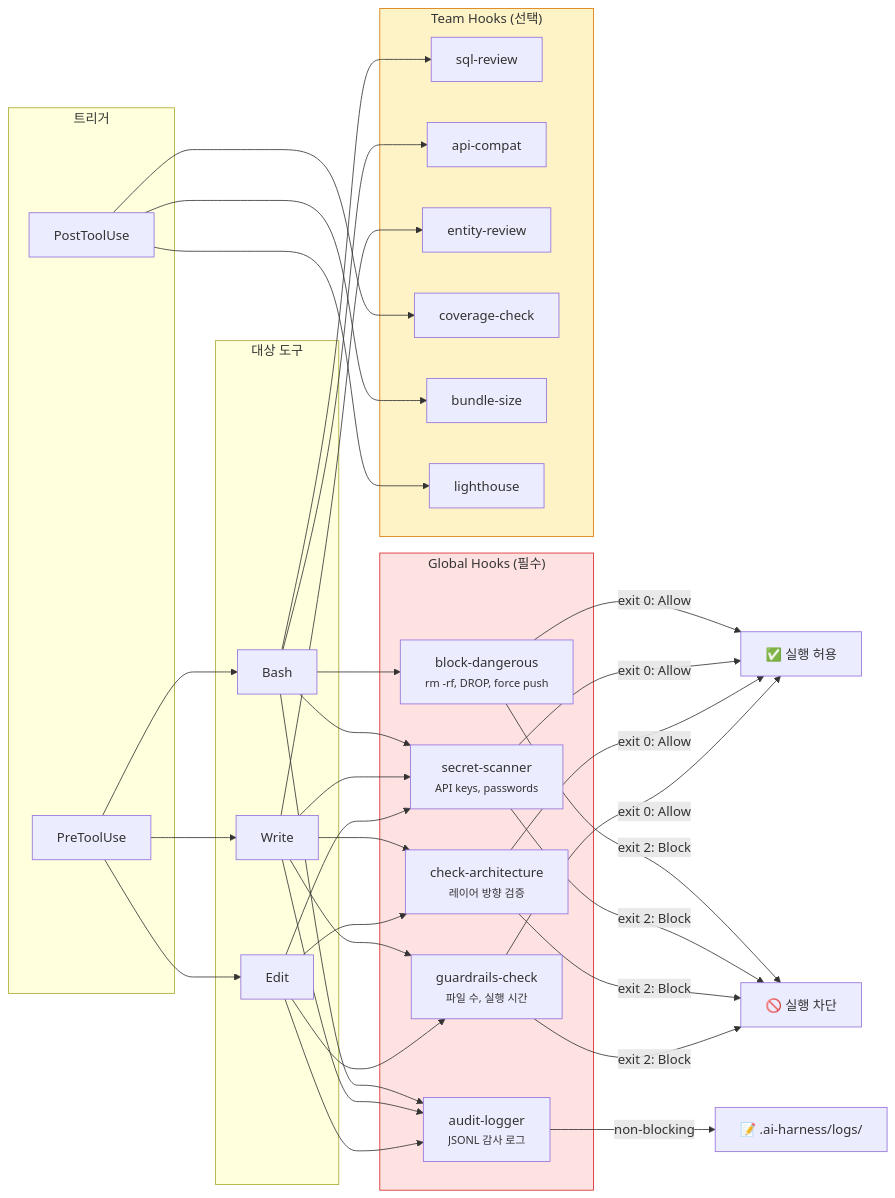
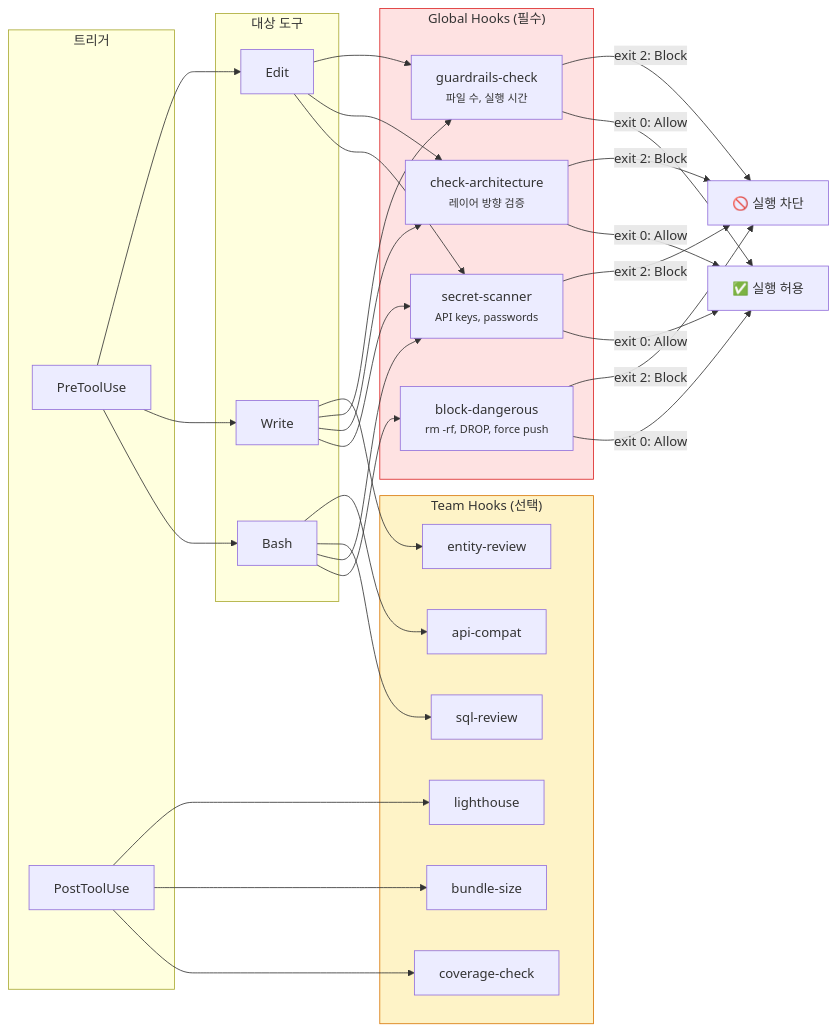
The second of 8 diagrams in docs/architecture-diagram.md (cano721/ai-harness), drawn with Mermaid before and after one commit. The commit also changed other lines of this file and 8 other files, not shown here.

First line of the commit message:
feat: audit-logger 제거 — 실질적 활용 없는 감사 로그 삭제

````diff
--- a/docs/architecture-diagram.md
+++ b/docs/architecture-diagram.md
@@ -52,46 +51,44 @@
 ```mermaid
 flowchart LR
     subgraph Trigger["트리거"]
         T1[PreToolUse]
         T2[PostToolUse]
     end
 
     subgraph Tools["대상 도구"]
         Bash[Bash]
         Write[Write]
         Edit[Edit]
     end
 
     subgraph GlobalHooks["Global Hooks (필수)"]
         H1["block-dangerous\n<small>rm -rf, DROP, force push</small>"]
         H2["secret-scanner\n<small>API keys, passwords</small>"]
         H3["check-architecture\n<small>레이어 방향 검증</small>"]
         H4["guardrails-check\n<small>파일 수, 실행 시간</small>"]
-        H5["audit-logger\n<small>JSONL 감사 로그</small>"]
     end
 
     subgraph TeamHooks["Team Hooks (선택)"]
         TH1["sql-review"]
         TH2["api-compat"]
         TH3["entity-review"]
         TH4["coverage-check"]
         TH5["bundle-size"]
         TH6["lighthouse"]
     end
 
     T1 --> Bash & Write & Edit
-    Bash --> H1 & H2 & H5
-    Write --> H2 & H3 & H4 & H5
-    Edit --> H2 & H3 & H4 & H5
+    Bash --> H1 & H2
+    Write --> H2 & H3 & H4
+    Edit --> H2 & H3 & H4
 
     H1 & H2 & H3 & H4 -->|exit 0: Allow| Pass[✅ 실행 허용]
     H1 & H2 & H3 & H4 -->|exit 2: Block| Block[🚫 실행 차단]
-    H5 -->|non-blocking| Log["📝 .ai-harness/logs/"]
 
     Bash --> TH1 & TH2
     Write --> TH3
     T2 --> TH4 & TH5 & TH6
 
     style GlobalHooks fill:#fee2e2,stroke:#dc2626
     style TeamHooks fill:#fef3c7,stroke:#d97706
 ```
````
